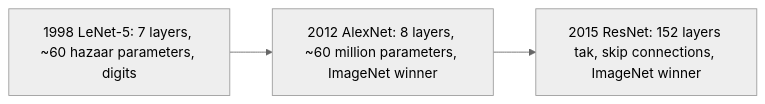
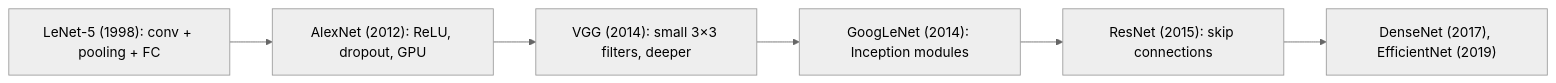
The first of 6 diagrams in content/deep-learning/notes/cnn-architectures.hi.mdx (TrendySloth1001/sem-seven-notes), drawn with Mermaid (neutral theme) before and after one commit. The commit also changed other lines of this file and 186 other files, not shown here.

````diff
--- a/content/deep-learning/notes/cnn-architectures.hi.mdx
+++ b/content/deep-learning/notes/cnn-architectures.hi.mdx
@@ -52,6 +35,9 @@
 ```mermaid
-%% caption: Teeno architectures ek timeline pe. Har step ne networks ko deeper banaya aur wo problem fix ki jo pichle design ko rok rahi thi.
+%% caption: CNN architectures ki kahani jaise class mein draw ki gayi, early se modern tak. Har step ne ek idea joda.
 flowchart LR
-  A["1998 LeNet-5: 7 layers, ~60 hazaar parameters, digits"] --> B["2012 AlexNet: 8 layers, ~60 million parameters, ImageNet winner"]
-  B --> C["2015 ResNet: 152 layers tak, skip connections, ImageNet winner"]
+  A["LeNet-5 (1998): conv + pooling + FC"] --> B["AlexNet (2012): ReLU, dropout, GPU"]
+  B --> C["VGG (2014): small 3×3 filters, deeper"]
+  C --> D["GoogLeNet (2014): Inception modules"]
+  D --> E["ResNet (2015): skip connections"]
+  E --> F["DenseNet (2017), EfficientNet (2019)"]
 ```
````
